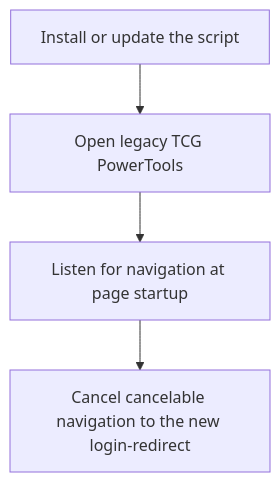
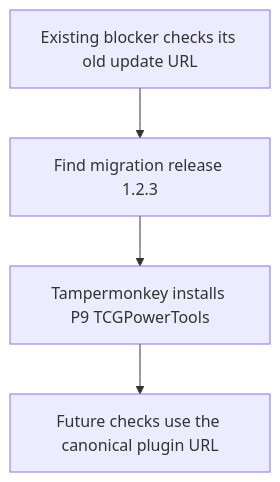
One commit to tjx0726/P9_Tampermonkey changed the diagram in tcgpowertools-block-redirect/README.md. Above: the diagram before and after it, drawn with Mermaid. The commit also changed other lines of this file and 8 other files, not shown here.

Commit message:
Migrate deprecated legacy blocker installations to P9 TCGPowerTools

````diff
--- a/tcgpowertools-block-redirect/README.md
+++ b/tcgpowertools-block-redirect/README.md
@@ -23,6 +21,6 @@
 ```mermaid
 flowchart TD
-    A[Install or update the script] --> B[Open legacy TCG PowerTools]
-    B --> C[Listen for navigation at page startup]
-    C --> D[Cancel cancelable navigation to the new login-redirect]
+    A[Existing blocker checks its old update URL] --> B[Find migration release 1.2.3]
+    B --> C[Tampermonkey installs P9 TCGPowerTools]
+    C --> D[Future checks use the canonical plugin URL]
 ```
````
